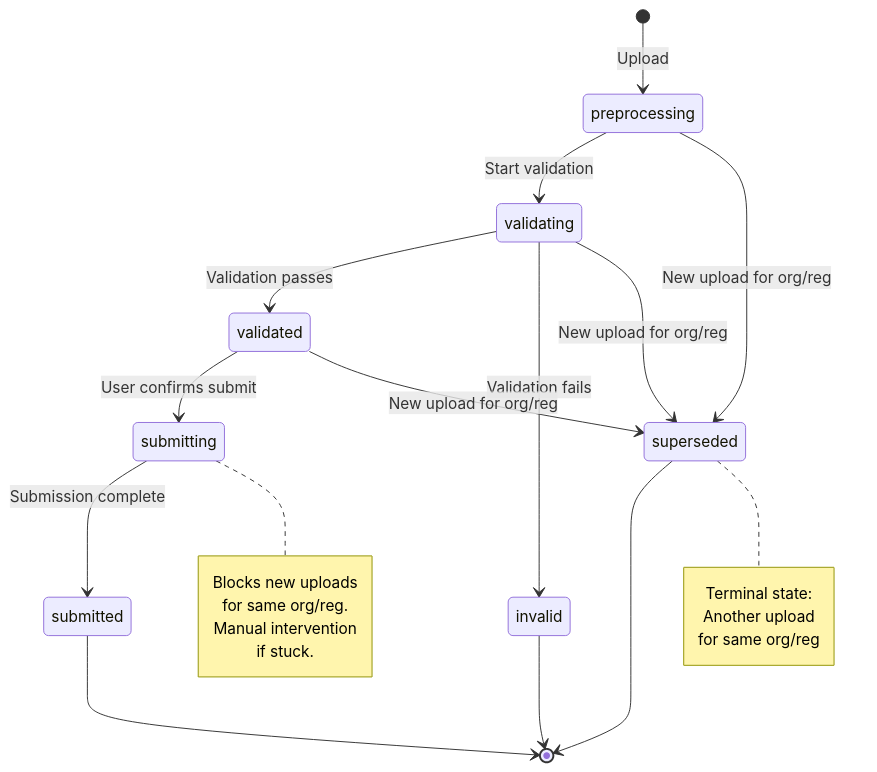
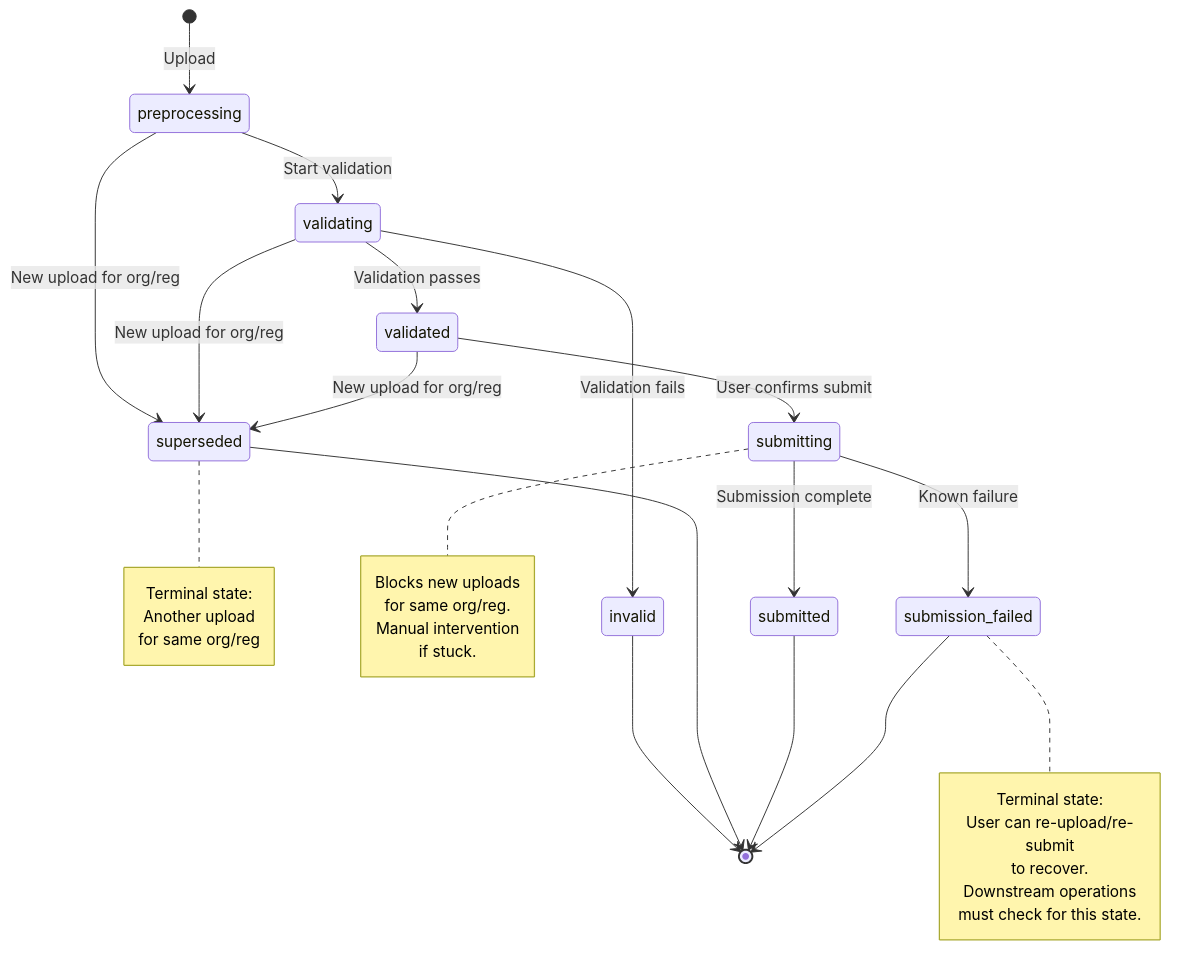
The second of 6 diagrams in docs/architecture/decisions/0021-concurrent-summary-log-submission.md (DEFRA/epr-backend), drawn with Mermaid before and after one commit. The commit also changed other lines of this file, not shown here.

First line of the commit message:
Update ADR 21: Concurrent Summary Log Submission

````diff
--- a/docs/architecture/decisions/0021-concurrent-summary-log-submission.md
+++ b/docs/architecture/decisions/0021-concurrent-summary-log-submission.md
@@ -87,30 +91,40 @@
 ```mermaid
 stateDiagram-v2
     [*] --> preprocessing: Upload
     preprocessing --> validating: Start validation
     validating --> validated: Validation passes
     validating --> invalid: Validation fails
     validated --> submitting: User confirms submit
     submitting --> submitted: Submission complete
+    submitting --> submission_failed: Known failure
 
     preprocessing --> superseded: New upload for org/reg
     validating --> superseded: New upload for org/reg
     validated --> superseded: New upload for org/reg
 
     invalid --> [*]
     superseded --> [*]
     submitted --> [*]
+    submission_failed --> [*]
 
     note right of superseded
         Terminal state:
         Another upload
         for same org/reg
     end note
 
     note right of submitting
         Blocks new uploads
         for same org/reg.
         Manual intervention
         if stuck.
     end note
+
+    note right of submission_failed
+        Terminal state:
+        User can re-upload/re-submit
+        to recover.
+        Downstream operations
+        must check for this state.
+    end note
 ```
````
